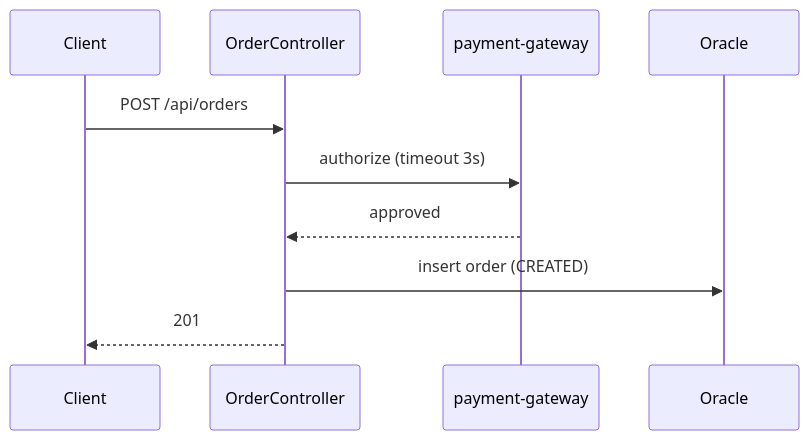
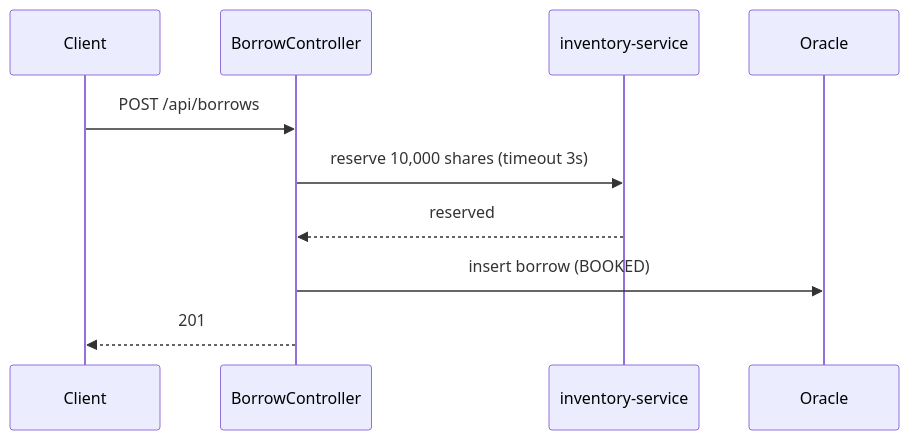
Before and after one commit to JojunY/generic-testing-agent: the first of 2 diagrams in core/skills/gta-writing-behavior-specs/references/diagrams.md, drawn with Mermaid. The commit also changed other lines of this file and 161 other files, not shown here.

First line of the commit message:
Name flows the way people do, and use a securities-lending running example

````diff
--- a/core/skills/gta-writing-behavior-specs/references/diagrams.md
+++ b/core/skills/gta-writing-behavior-specs/references/diagrams.md
@@ -13,12 +13,12 @@
 ```mermaid
 sequenceDiagram
   participant C as Client
-  participant API as OrderController
-  participant PG as payment-gateway
+  participant API as BorrowController
+  participant INV as inventory-service
   participant DB as Oracle
-  C->>API: POST /api/orders
-  API->>PG: authorize (timeout 3s)
-  PG-->>API: approved
-  API->>DB: insert order (CREATED)
+  C->>API: POST /api/borrows
+  API->>INV: reserve 10,000 shares (timeout 3s)
+  INV-->>API: reserved
+  API->>DB: insert borrow (BOOKED)
   API-->>C: 201
 ```
````
